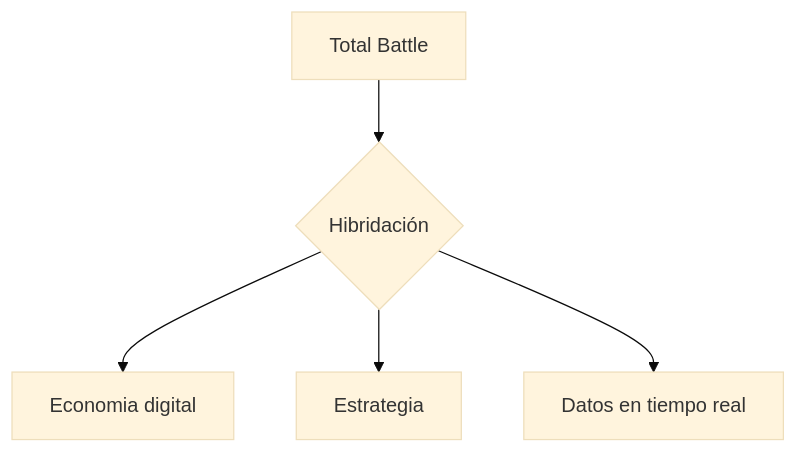
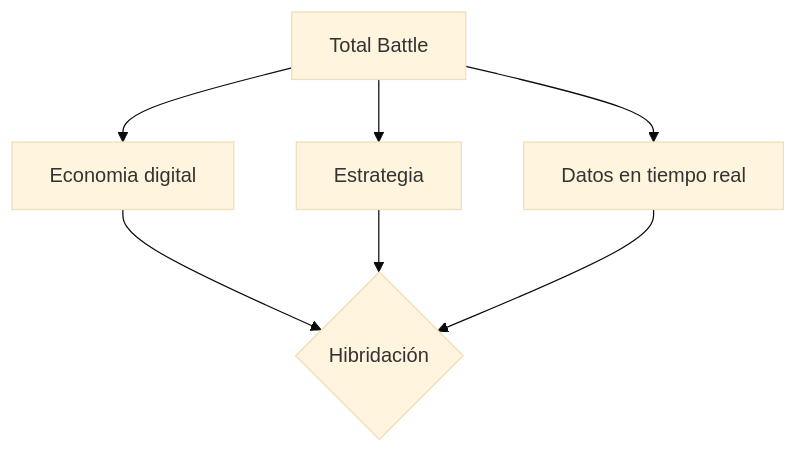
The diagram in README.md (cayalasola/PEC3_Manovich_Reloaded), drawn with Mermaid (base theme) before and after one commit.

````diff
--- a/README.md
+++ b/README.md
@@ -26,8 +26,11 @@
 ```mermaid
 flowchart TD
     A[Total Battle]
-    A --> B{Hibridación}
-    B --> C[Economia digital]
-    B --> D[Estrategia]
-    B --> E[Datos en tiempo real]
+    A --> B[Economia digital]
+    A --> C[Estrategia]
+    A --> D[Datos en tiempo real]
+    B --> E{Hibridación}
+    C --> E{Hibridación}
+    D --> E{Hibridación}
+  
 ```
````
